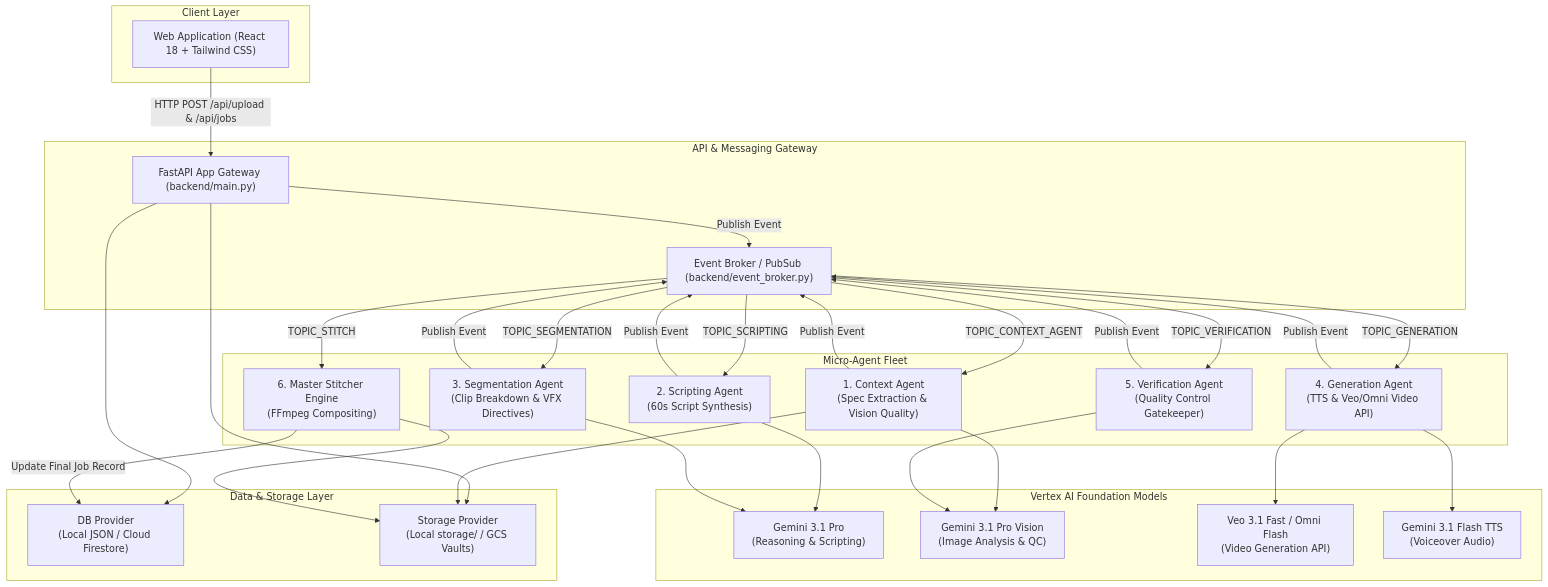
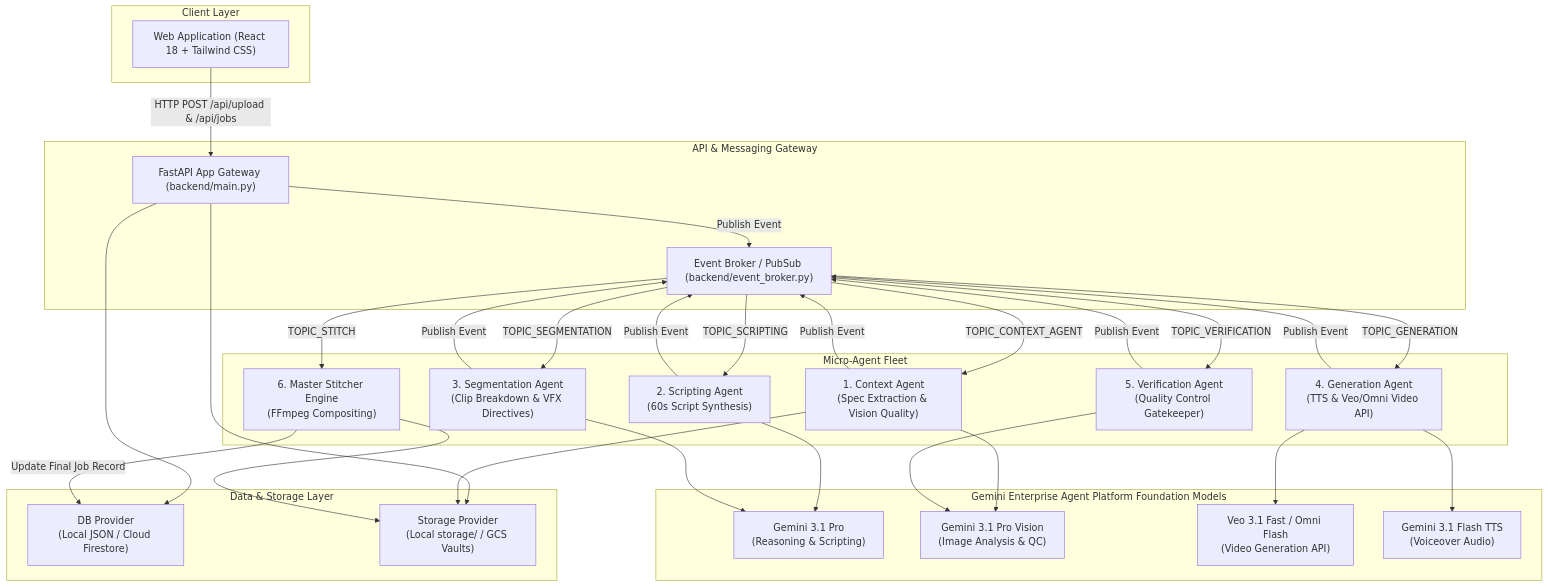
One commit to abhisoni-sketch/ZiWan-Ad-Studio changed the first of 2 diagrams in TECHNICAL_DOSSIER.md. Above: the diagram before and after it, drawn with Mermaid. The commit also changed other lines of this file and 8 other files, not shown here.

Commit message:
Rebranding Vertex AI to Gemini Enterprise Agent Platform

````diff
--- a/TECHNICAL_DOSSIER.md
+++ b/TECHNICAL_DOSSIER.md
@@ -20,63 +20,63 @@
 ```mermaid
 flowchart TB
     subgraph Client Layer
         UI["Web Application (React 18 + Tailwind CSS)"]
     end
 
     subgraph API & Messaging Gateway
         FastAPI["FastAPI App Gateway (backend/main.py)"]
         Broker["Event Broker / PubSub (backend/event_broker.py)"]
     end
 
     subgraph Micro-Agent Fleet
         ContextAgent["1. Context Agent\n(Spec Extraction & Vision Quality)"]
         ScriptAgent["2. Scripting Agent\n(60s Script Synthesis)"]
         SegAgent["3. Segmentation Agent\n(Clip Breakdown & VFX Directives)"]
         GenAgent["4. Generation Agent\n(TTS & Veo/Omni Video API)"]
         VerifAgent["5. Verification Agent\n(Quality Control Gatekeeper)"]
         Stitcher["6. Master Stitcher Engine\n(FFmpeg Compositing)"]
     end
 
     subgraph Data & Storage Layer
         DB["DB Provider\n(Local JSON / Cloud Firestore)"]
         Storage["Storage Provider\n(Local storage/ / GCS Vaults)"]
     end
 
-    subgraph Vertex AI Foundation Models
+    subgraph Gemini Enterprise Agent Platform Foundation Models
         GeminiPro["Gemini 3.1 Pro\n(Reasoning & Scripting)"]
         GeminiVision["Gemini 3.1 Pro Vision\n(Image Analysis & QC)"]
         VeoAPI["Veo 3.1 Fast / Omni Flash\n(Video Generation API)"]
         GeminiTTS["Gemini 3.1 Flash TTS\n(Voiceover Audio)"]
     end
 
     UI -->|HTTP POST /api/upload & /api/jobs| FastAPI
     FastAPI --> DB
     FastAPI --> Storage
     FastAPI -->|Publish Event| Broker
 
     Broker -->|TOPIC_CONTEXT_AGENT| ContextAgent
     ContextAgent --> GeminiVision
     ContextAgent --> Storage
     ContextAgent -->|Publish Event| Broker
 
     Broker -->|TOPIC_SCRIPTING| ScriptAgent
     ScriptAgent --> GeminiPro
     ScriptAgent -->|Publish Event| Broker
 
     Broker -->|TOPIC_SEGMENTATION| SegAgent
     SegAgent --> GeminiPro
     SegAgent -->|Publish Event| Broker
 
     Broker -->|TOPIC_GENERATION| GenAgent
     GenAgent --> GeminiTTS
     GenAgent --> VeoAPI
     GenAgent -->|Publish Event| Broker
 
     Broker -->|TOPIC_VERIFICATION| VerifAgent
     VerifAgent --> GeminiVision
     VerifAgent -->|Publish Event| Broker
 
     Broker -->|TOPIC_STITCH| Stitcher
     Stitcher --> Storage
     Stitcher -->|Update Final Job Record| DB
 ```
````
